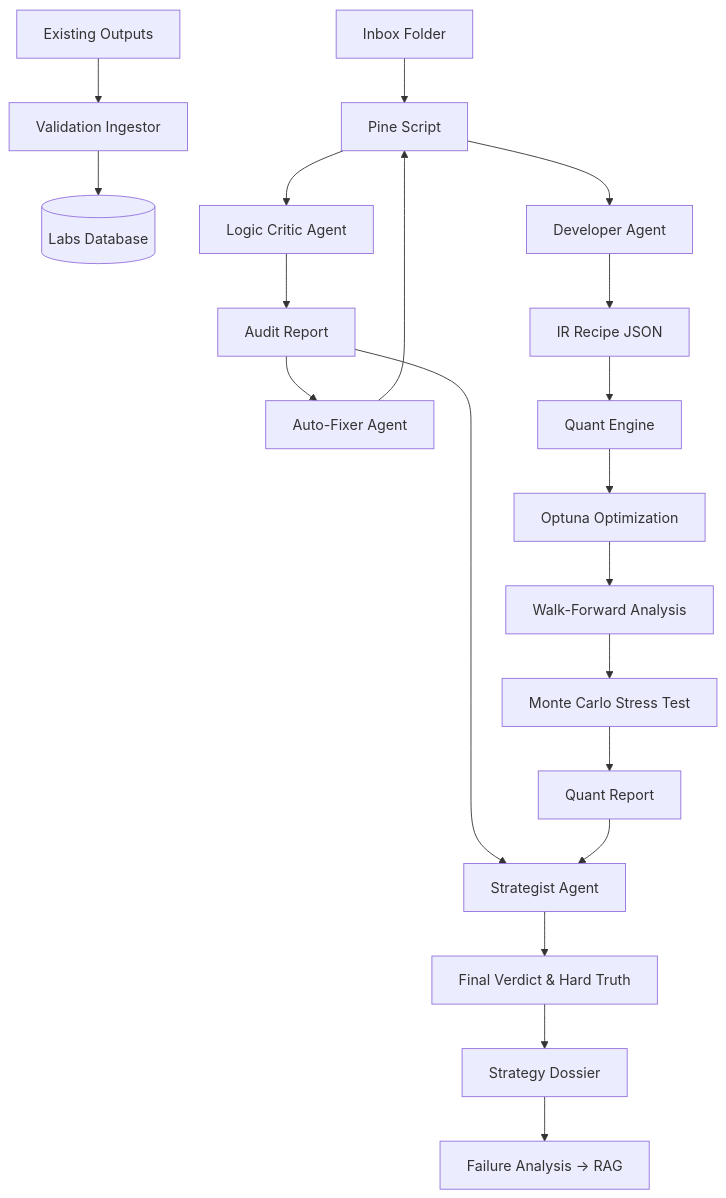
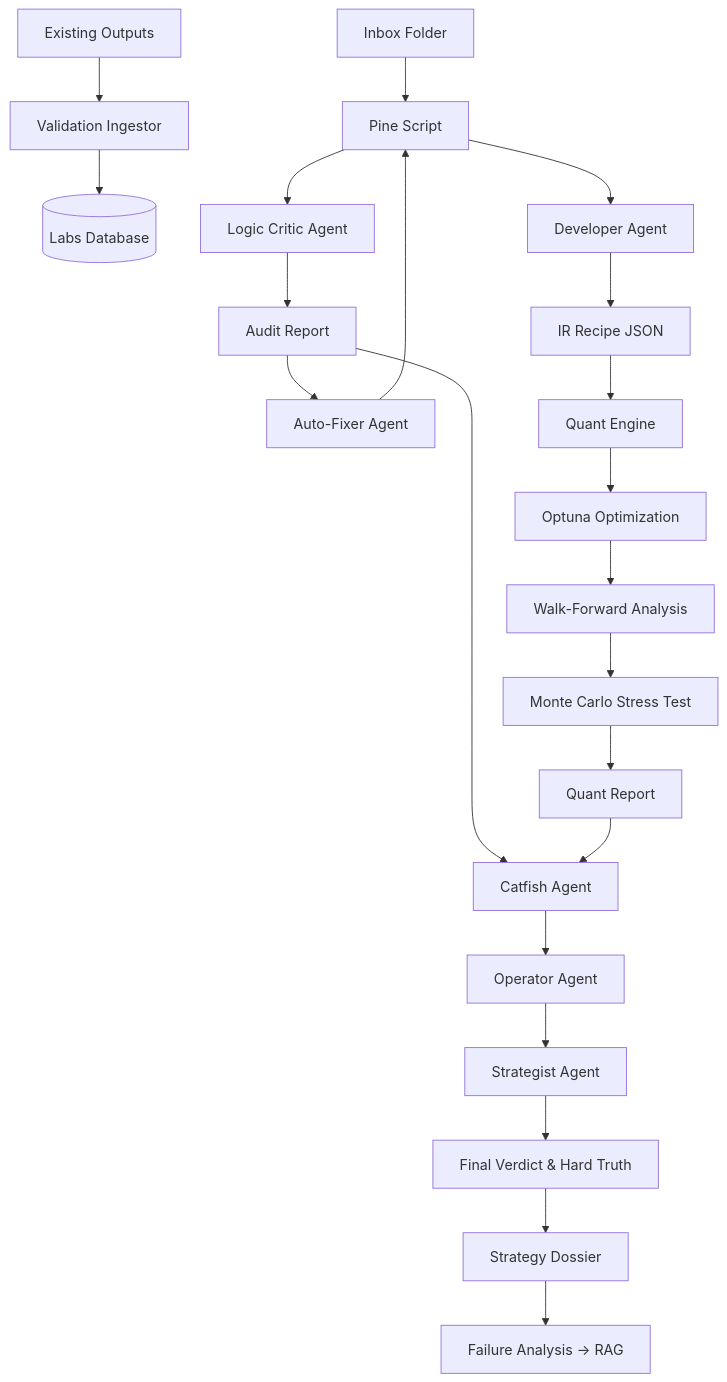
The diagram in PIPELINE.md (cmxms/optimization_engine), drawn with Mermaid before and after one commit. The commit also changed other lines of this file and 8 other files, not shown here.

````diff
--- a/PIPELINE.md
+++ b/PIPELINE.md
@@ -67,22 +76,24 @@
 ```mermaid
 graph TD
     A1[Inbox Folder] --> A[Pine Script]
     A2[Existing Outputs] --> B1[Validation Ingestor]
     B1 --> B2[(Labs Database)]
     A --> B[Developer Agent]
     B --> C[IR Recipe JSON]
     A --> D[Logic Critic Agent]
     D --> E[Audit Report]
     E --> AF[Auto-Fixer Agent]
     AF --> A
     C --> F[Quant Engine]
     F --> G[Optuna Optimization]
     G --> H[Walk-Forward Analysis]
     H --> I[Monte Carlo Stress Test]
     I --> J[Quant Report]
-    E --> K[Strategist Agent]
+    E --> K[Catfish Agent]
     J --> K
-    K --> L[Final Verdict & Hard Truth]
-    L --> M[Strategy Dossier]
-    M --> N[Failure Analysis -> RAG]
+    K --> L[Operator Agent]
+    L --> M[Strategist Agent]
+    M --> N[Final Verdict & Hard Truth]
+    N --> O[Strategy Dossier]
+    O --> P[Failure Analysis -> RAG]
 ```
````
